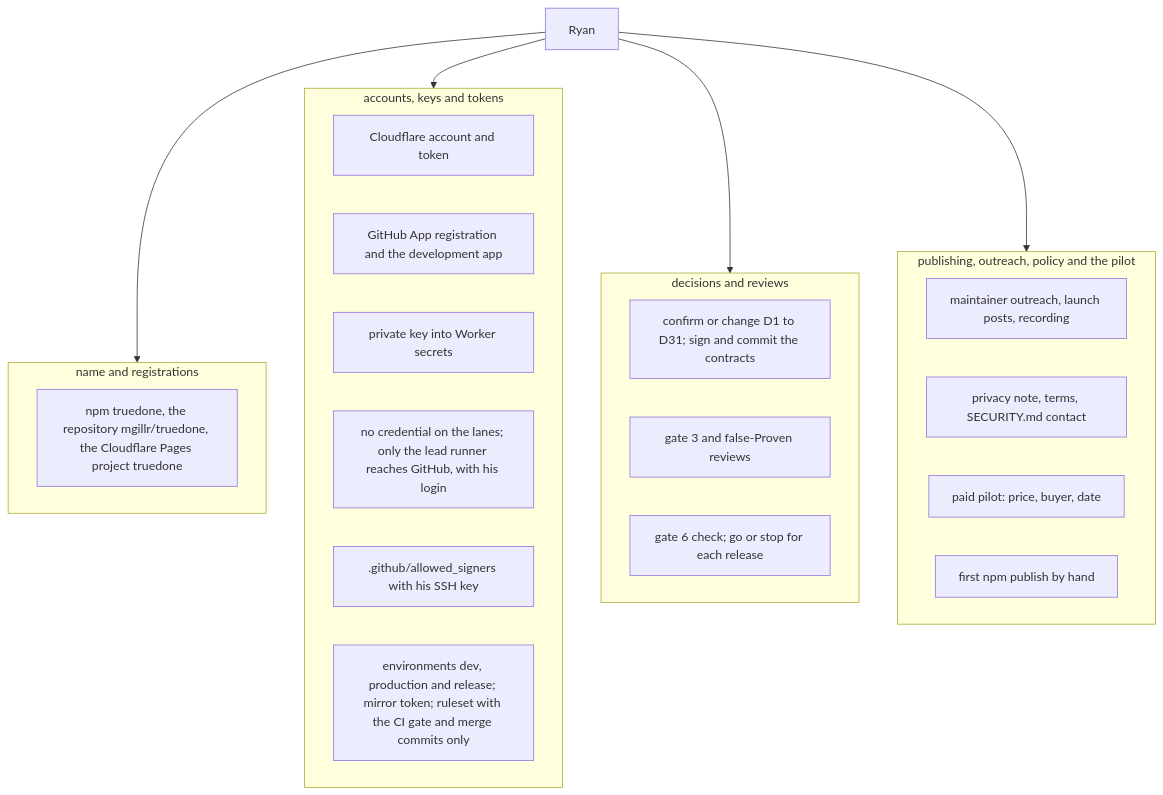
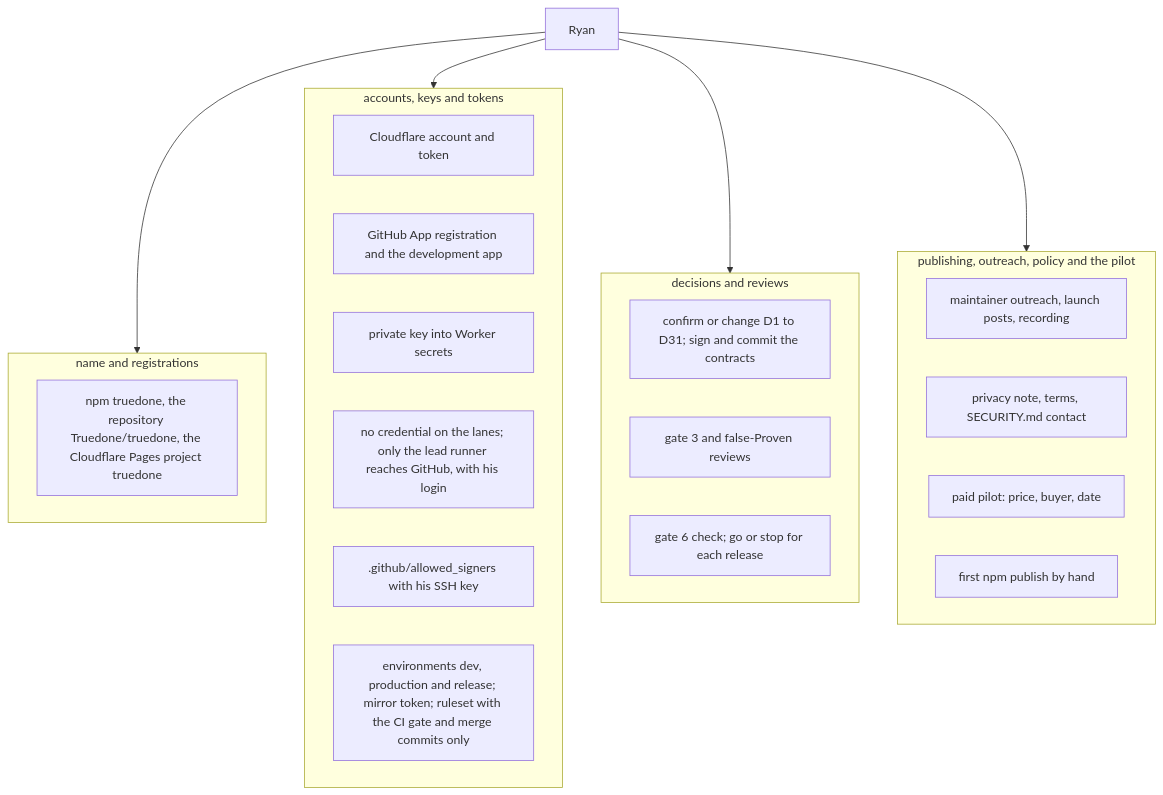
Before and after one commit to Truedone/truedone: the second of 2 diagrams in docs/design/07-ryan-only.md, drawn with Mermaid. The commit also changed other lines of this file and 6 other files, not shown here.

````diff
--- a/docs/design/07-ryan-only.md
+++ b/docs/design/07-ryan-only.md
@@ -47,30 +48,30 @@
 ```mermaid
 flowchart TB
   RYAN["Ryan"]
   subgraph NAMES["name and registrations"]
-    N1["npm truedone, the repository mgillr/truedone, the Cloudflare Pages project truedone"]
+    N1["npm truedone, the repository Truedone/truedone, the Cloudflare Pages project truedone"]
   end
   subgraph ACCESS["accounts, keys and tokens"]
     A1["Cloudflare account and token"]
     A2["GitHub App registration and the development app"]
     A3["private key into Worker secrets"]
     A4["no credential on the lanes; only the lead runner reaches GitHub, with his login"]
     A5[".github/allowed_signers with his SSH key"]
     A6["environments dev, production and release; mirror token; ruleset with the CI gate and merge commits only"]
   end
   subgraph DECIDE["decisions and reviews"]
     D1["confirm or change D1 to D31; sign and commit the contracts"]
     D2["gate 3 and false-Proven reviews"]
     D3["gate 6 check; go or stop for each release"]
   end
   subgraph OUTSIDE["publishing, outreach, policy and the pilot"]
     O1["maintainer outreach, launch posts, recording"]
     O2["privacy note, terms, SECURITY.md contact"]
     O3["paid pilot: price, buyer, date"]
     O4["first npm publish by hand"]
   end
   RYAN --> NAMES
   RYAN --> ACCESS
   RYAN --> DECIDE
   RYAN --> OUTSIDE
 ```
````
